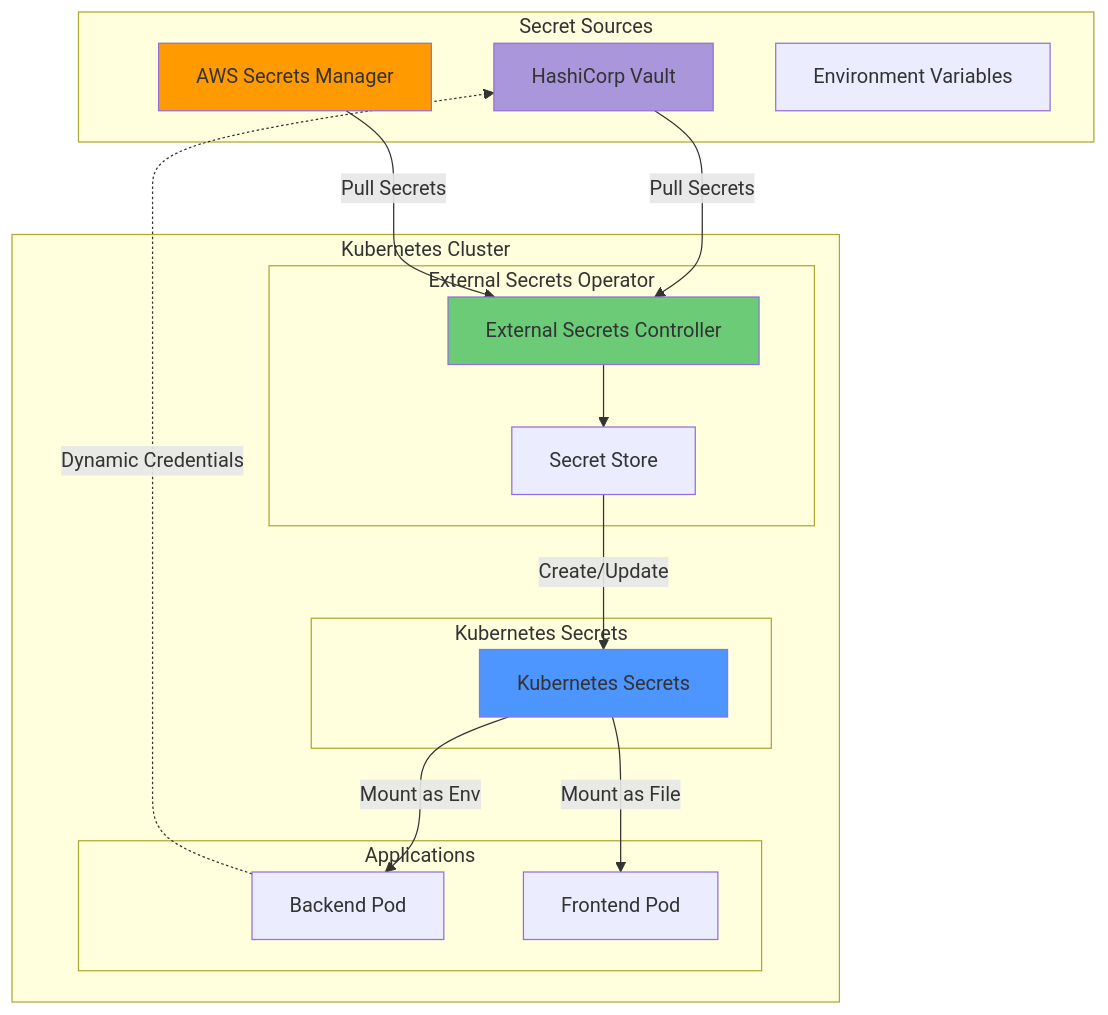
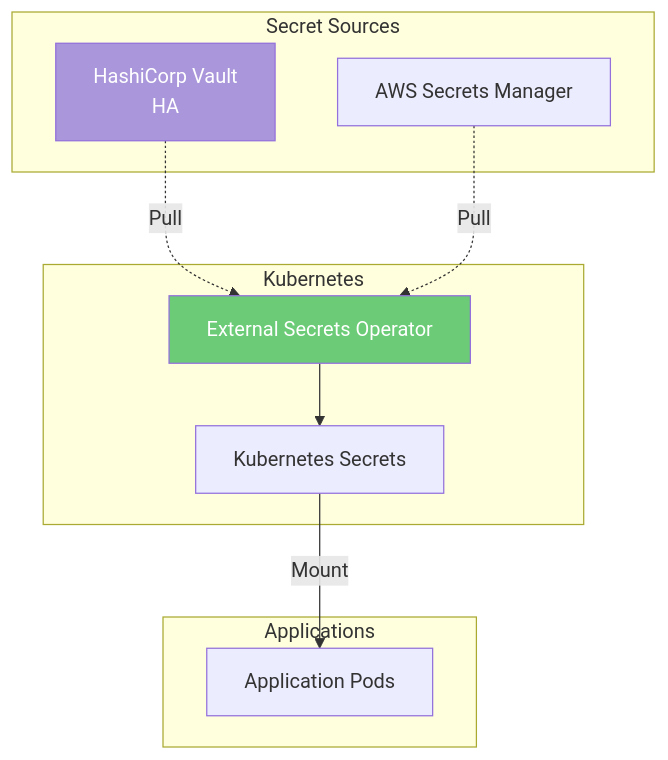
The eighth of 9 diagrams in DEVOPS.md (Derek-miranda/DocuThinker-AI), drawn with Mermaid before and after one commit. The commit also changed other lines of this file and 36 other files, not shown here.

````diff
--- a/DEVOPS.md
+++ b/DEVOPS.md
@@ -565,40 +1017,24 @@
 ```mermaid
 graph TB
     subgraph "Secret Sources"
-        VAULT[HashiCorp Vault]
+        VAULT[HashiCorp Vault<br/>HA]
         AWS_SM[AWS Secrets Manager]
-        ENV[Environment Variables]
     end
 
-    subgraph "Kubernetes Cluster"
-        subgraph "External Secrets Operator"
-            ESO[External Secrets Controller]
-            STORE[Secret Store]
-        end
-
-        subgraph "Applications"
-            POD1[Backend Pod]
-            POD2[Frontend Pod]
-        end
-
-        subgraph "Kubernetes Secrets"
-            K8S_SECRET[Kubernetes Secrets]
-        end
+    subgraph "Kubernetes"
+        ESO[External Secrets Operator]
+        K8S_SECRET[Kubernetes Secrets]
     end
 
-    VAULT -->|Pull Secrets| ESO
-    AWS_SM -->|Pull Secrets| ESO
+    subgraph "Applications"
+        POD[Application Pods]
+    end
 
-    ESO --> STORE
-    STORE -->|Create/Update| K8S_SECRET
+    VAULT -.->|Pull| ESO
+    AWS_SM -.->|Pull| ESO
+    ESO --> K8S_SECRET
+    K8S_SECRET -->|Mount| POD
 
-    K8S_SECRET -->|Mount as Env| POD1
-    K8S_SECRET -->|Mount as File| POD2
-
-    POD1 -.->|Dynamic Credentials| VAULT
-
-    style VAULT fill:#AA96DA
-    style AWS_SM fill:#FF9A00
-    style ESO fill:#6BCB77
-    style K8S_SECRET fill:#4D96FF
+    style VAULT fill:#AA96DA,color:#fff
+    style ESO fill:#6BCB77,color:#fff
 ```
````
